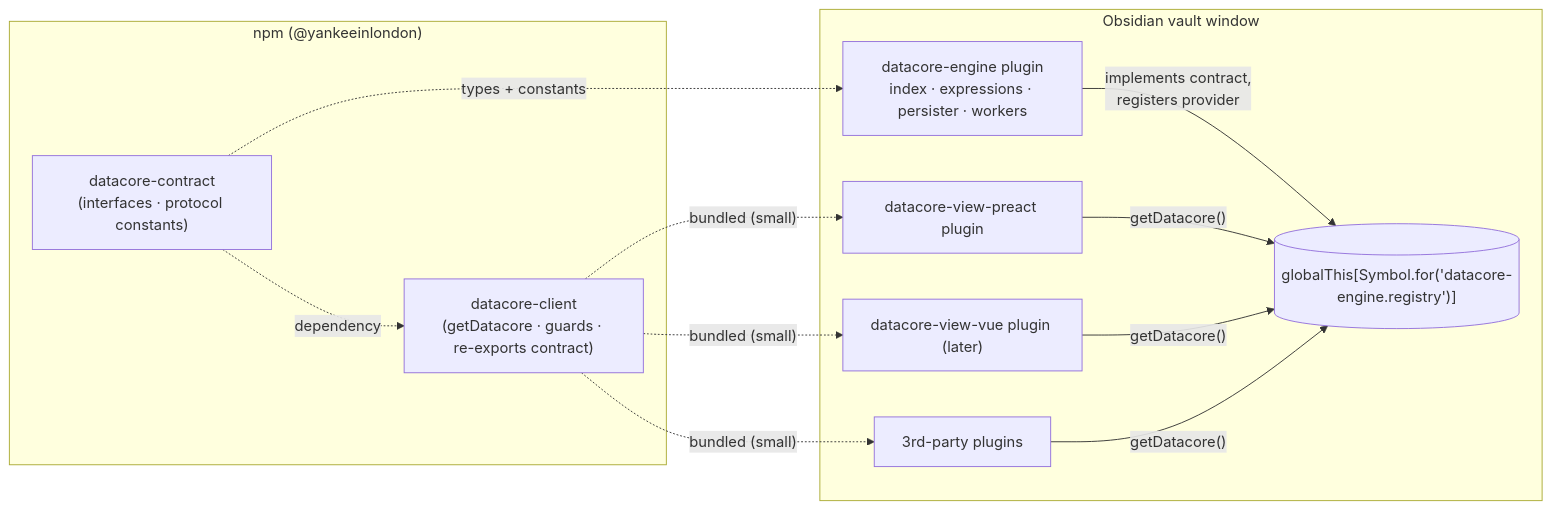
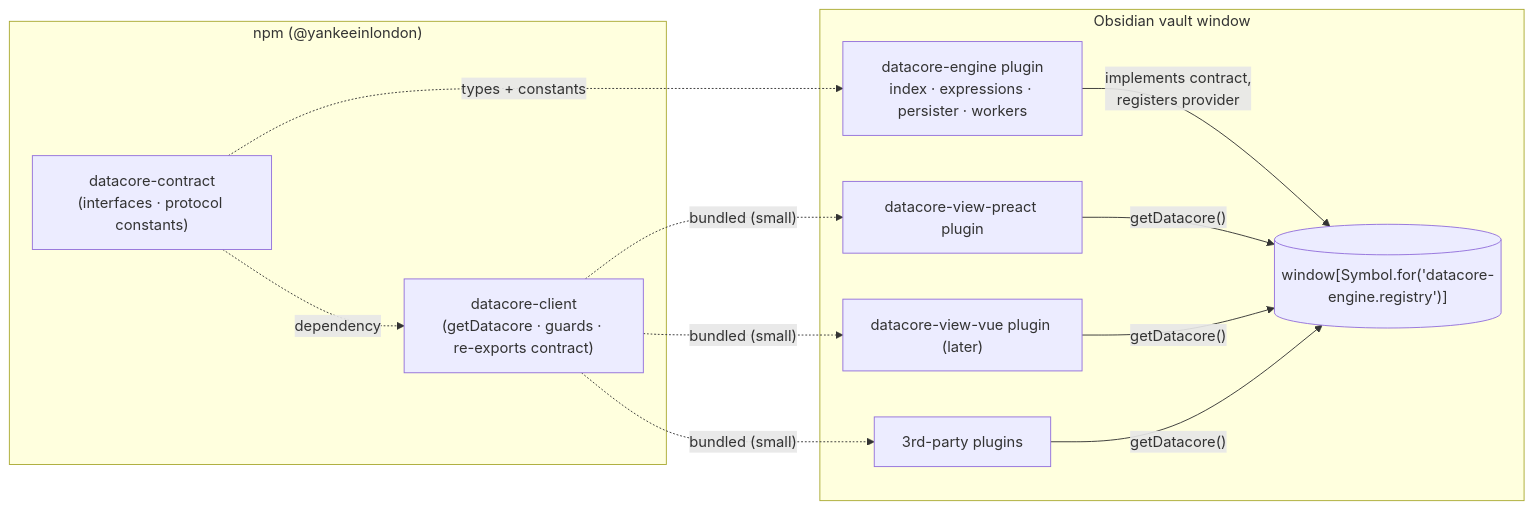
Before and after one commit to yankeeinlondon/datacore: the diagram in features/2026-11-08-engine-room/spec.md, drawn with Mermaid. The commit also changed other lines of this file and 2 other files, not shown here.

First line of the commit message:
planning(datacore): record the P0 outcome and update the spec

````diff
--- a/features/2026-11-08-engine-room/spec.md
+++ b/features/2026-11-08-engine-room/spec.md
@@ -125,26 +125,26 @@
 ```mermaid
 flowchart LR
   subgraph npm["npm (@yankeeinlondon)"]
     contract["datacore-contract<br/>(interfaces · protocol constants)"]
     client["datacore-client<br/>(getDatacore · guards · re-exports contract)"]
   end
 
   subgraph obsidian["Obsidian vault window"]
     engine["datacore-engine plugin<br/>index · expressions · persister · workers"]
-    slot[("globalThis[Symbol.for('datacore-engine.registry')]")]
+    slot[("window[Symbol.for('datacore-engine.registry')]")]
     preact["datacore-view-preact plugin"]
     vue["datacore-view-vue plugin (later)"]
     third["3rd-party plugins"]
   end
 
   engine -- "implements contract,<br/>registers provider" --> slot
   preact -- "getDatacore()" --> slot
   vue -- "getDatacore()" --> slot
   third -- "getDatacore()" --> slot
 
   contract -. "types + constants" .-> engine
   contract -. "dependency" .-> client
   client -. "bundled (small)" .-> preact
   client -. "bundled (small)" .-> vue
   client -. "bundled (small)" .-> third
 ```
````
